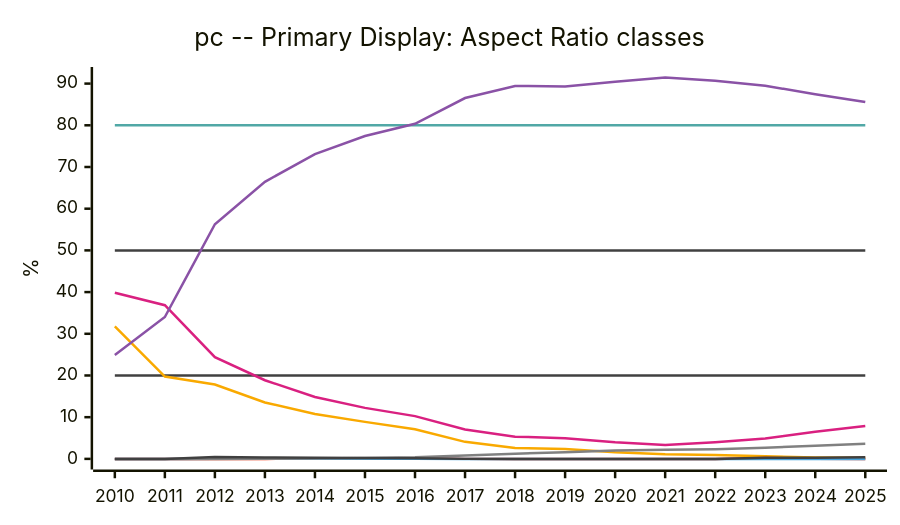
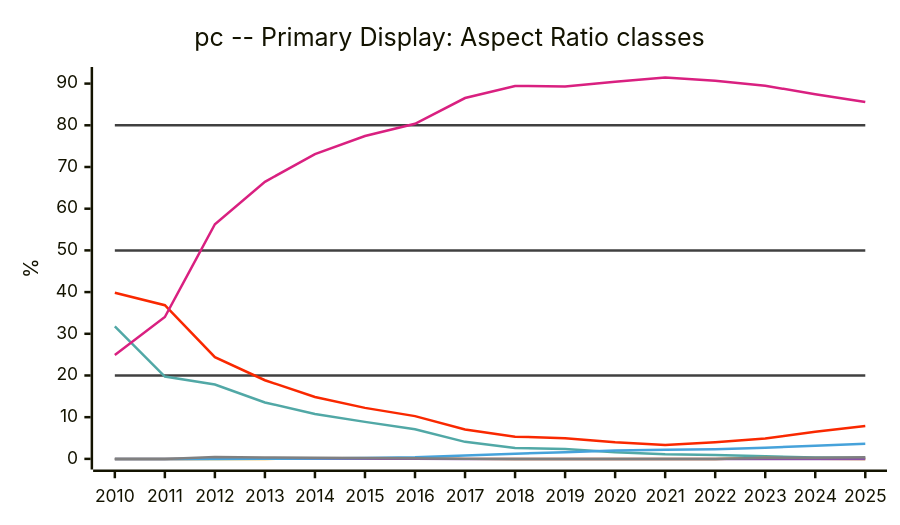
Before and after one commit to jdegene/steamHWsurvey: diagram 21 of 30 in README.md, drawn with Mermaid. The commit also changed other lines of this file and 1 other file, not shown here.

Commit message:
added nvidia intra generation graph

````diff
--- a/README.md
+++ b/README.md
@@ -645,28 +684,28 @@
 ```mermaid
 ---
 config:
     xyChart:
         width: 700
         height: 400
         
     themeVariables:
         xyChart:
-            plotColorPalette: "#404040,#404040,#51a8a6,#f9a900,#f92800,#d92080,#8a52a6,#46a2da,#808080"
+            plotColorPalette: "#404040,#404040,#404040,#51a8a6,#f9a900,#f92800,#d92080,#8a52a6,#46a2da,#808080"
 
 --- 
 
     xychart-beta
         title "pc -- Primary Display: Aspect Ratio classes"
         x-axis [2010, 2011, 2012, 2013, 2014, 2015, 2016, 2017, 2018, 2019, 2020, 2021, 2022, 2023, 2024, 2025]
     y-axis "%" 
  line [20, 20, 20, 20, 20, 20, 20, 20, 20, 20, 20, 20, 20, 20, 20, 20]
  line [50, 50, 50, 50, 50, 50, 50, 50, 50, 50, 50, 50, 50, 50, 50, 50]
  line [80, 80, 80, 80, 80, 80, 80, 80, 80, 80, 80, 80, 80, 80, 80, 80]
     line [31.798333333333336, 19.744, 17.843, 13.519090909090911, 10.771666666666667, 8.876666666666665, 7.089166666666667, 4.084545454545455, 2.6236363636363635, 2.371818181818182, 1.6, 1.1175000000000002, 0.919090909090909, 0.6272727272727273, 0.33666666666666667, 0.25083333333333335]
     line [0, 0, 0.0, 0, 0.051666666666666666, 0.11249999999999999, 0.18000000000000002, 0, 0, 0, 0, 0, 0, 0.21, 0, 0]
     line [39.848333333333336, 36.862, 24.397000000000002, 18.862727272727273, 14.826666666666666, 12.234166666666667, 10.258333333333335, 7.050909090909091, 5.322727272727272, 4.967272727272727, 3.9755555555555557, 3.3575, 4.012727272727273, 4.897272727272727, 6.524166666666666, 7.898333333333333]
     line [24.933333333333334, 34.026, 56.262, 66.44727272727273, 73.08583333333334, 77.42083333333333, 80.36083333333333, 86.53545454545454, 89.43818181818183, 89.29181818181819, 90.43777777777778, 91.4325, 90.68454545454546, 89.4981818181818, 87.42, 85.56333333333333]
     line [0, 0, 0.01, 0.009090909090909092, 0.01, 0.01, 0.01, 0, 0, 0, 0, 0, 0, 0, 0, 0]
     line [0, 0, 0, 0.020999999999999998, 0.08583333333333333, 0.21583333333333332, 0.3741666666666667, 0.8181818181818181, 1.2245454545454544, 1.6063636363636364, 2.01, 2.205, 2.3290909090909087, 2.6509090909090913, 3.1774999999999998, 3.605833333333333]
     line [0, 0, 0.45222222222222225, 0.3336363636363636, 0.2683333333333333, 0.21416666666666667, 0.15, 0, 0, 0, 0, 0, 0, 0.25, 0.29750000000000004, 0.36666666666666664]
 ``` 
````
